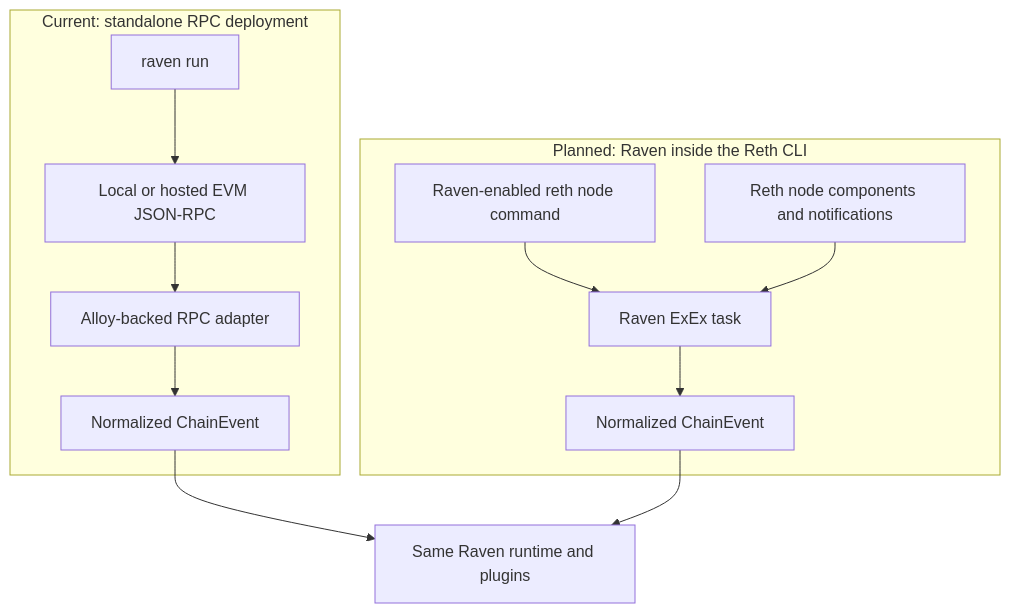
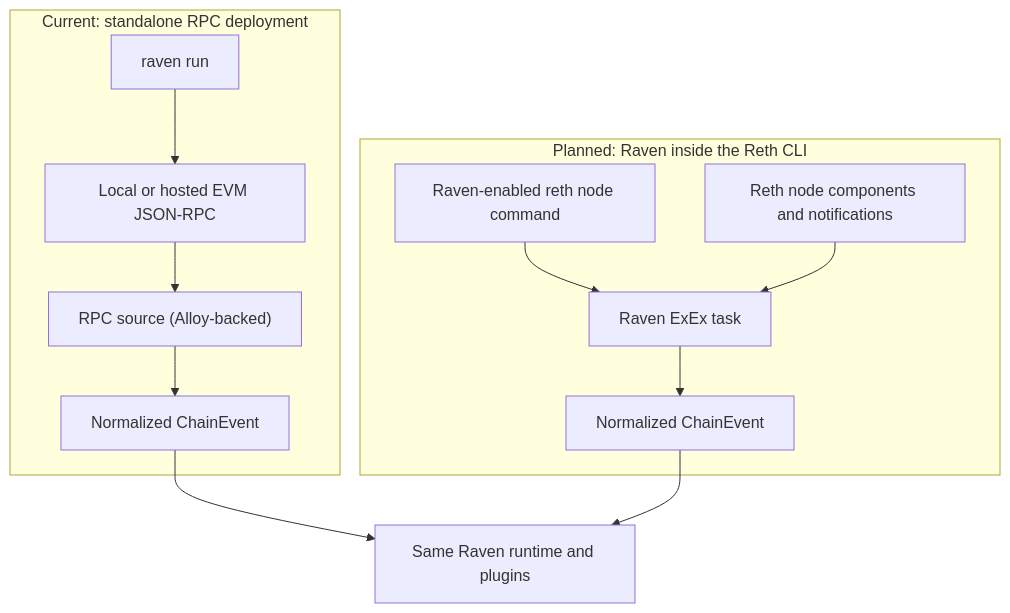
Before and after one commit to abhi3700/raven: the second of 8 diagrams in docs/concepts/architecture.mdx, drawn with Mermaid. The commit also changed other lines of this file and 27 other files, not shown here.

Commit message:
source-alloy renamed to source-rpc

````diff
--- a/docs/concepts/architecture.mdx
+++ b/docs/concepts/architecture.mdx
@@ -48,17 +48,17 @@
 ```mermaid
 flowchart TB
     subgraph current["Current: standalone RPC deployment"]
         ravenRun["raven run"] --> rpc["Local or hosted EVM JSON-RPC"]
-        rpc --> rpcAdapter["Alloy-backed RPC adapter"]
+        rpc --> rpcAdapter["RPC source (Alloy-backed)"]
         rpcAdapter --> eventsA["Normalized ChainEvent"]
     end
 
     subgraph planned["Planned: Raven inside the Reth CLI"]
         ravenReth["Raven-enabled reth node command"] --> exex["Raven ExEx task"]
         rethNode["Reth node components and notifications"] --> exex
         exex --> eventsB["Normalized ChainEvent"]
     end
 
     eventsA --> runtime["Same Raven runtime and plugins"]
     eventsB --> runtime
 ```
````
